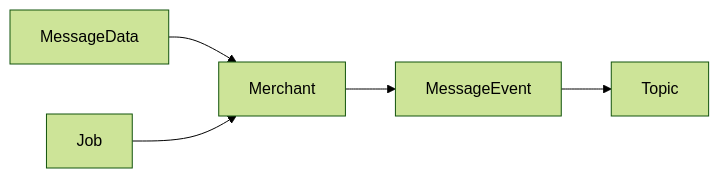
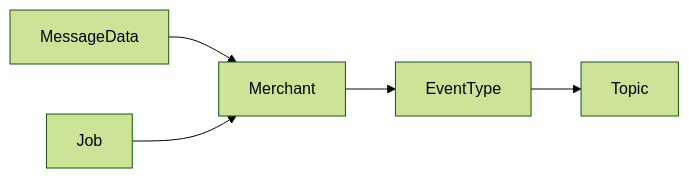
One commit to jon-esperanza/silk-engine changed the diagram in README.md. Above: the diagram before and after it, drawn with Mermaid (forest theme). The commit also changed other lines of this file, not shown here.

````diff
--- a/README.md
+++ b/README.md
@@ -36,7 +36,7 @@
 ```mermaid
 flowchart LR;
 MessageData --> Merchant
 Job --> Merchant
-Merchant --> MessageEvent
-MessageEvent --> Topic
+Merchant --> EventType
+EventType --> Topic
 ```
````
